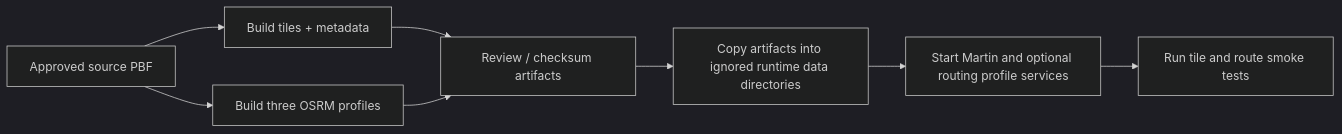
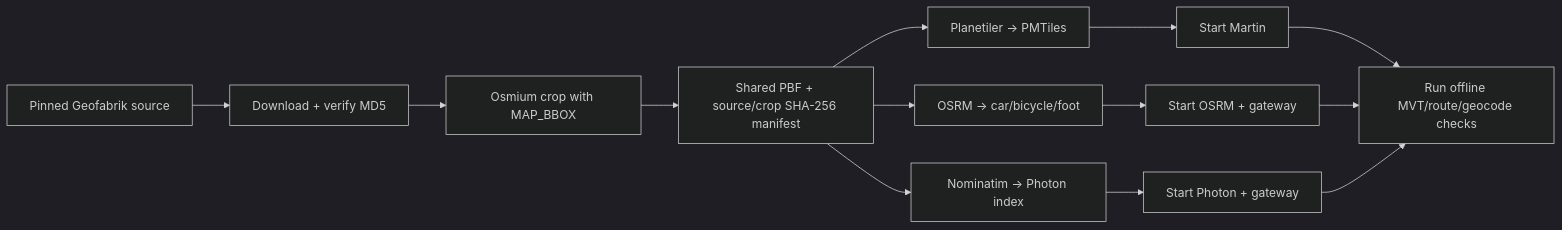
One commit to komeilm76/borobiya changed the second of 3 diagrams in docs/DIAGRAMS/MAP_PIPELINE.md. Above: the diagram before and after it, drawn with Mermaid (dark theme). The commit also changed other lines of this file and 26 other files, not shown here.

Commit message:
feat(map): add shared offline geodata and geocoding pipeline

````diff
--- a/docs/DIAGRAMS/MAP_PIPELINE.md
+++ b/docs/DIAGRAMS/MAP_PIPELINE.md
@@ -31,10 +38,15 @@
 ```mermaid
 flowchart LR
-  A[Approved source PBF] --> B[Build tiles + metadata]
-  A --> C[Build three OSRM profiles]
-  B --> D[Review / checksum artifacts]
-  C --> D
-  D --> E[Copy artifacts into ignored runtime data directories]
-  E --> F[Start Martin and optional routing profile services]
-  F --> G[Run tile and route smoke tests]
+  A[Pinned Geofabrik source] --> B[Download + verify MD5]
+  B --> C[Osmium crop with MAP_BBOX]
+  C --> D[Shared PBF + source/crop SHA-256 manifest]
+  D --> E1[Planetiler → PMTiles]
+  D --> E2[OSRM → car/bicycle/foot]
+  D --> E3[Nominatim → Photon index]
+  E1 --> F[Start Martin]
+  E2 --> G[Start OSRM + gateway]
+  E3 --> H[Start Photon + gateway]
+  F --> I[Run offline MVT/route/geocode checks]
+  G --> I
+  H --> I
 ```
````
